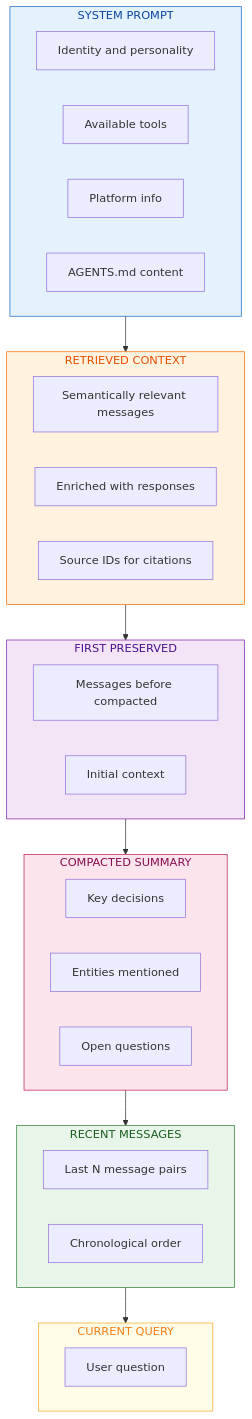
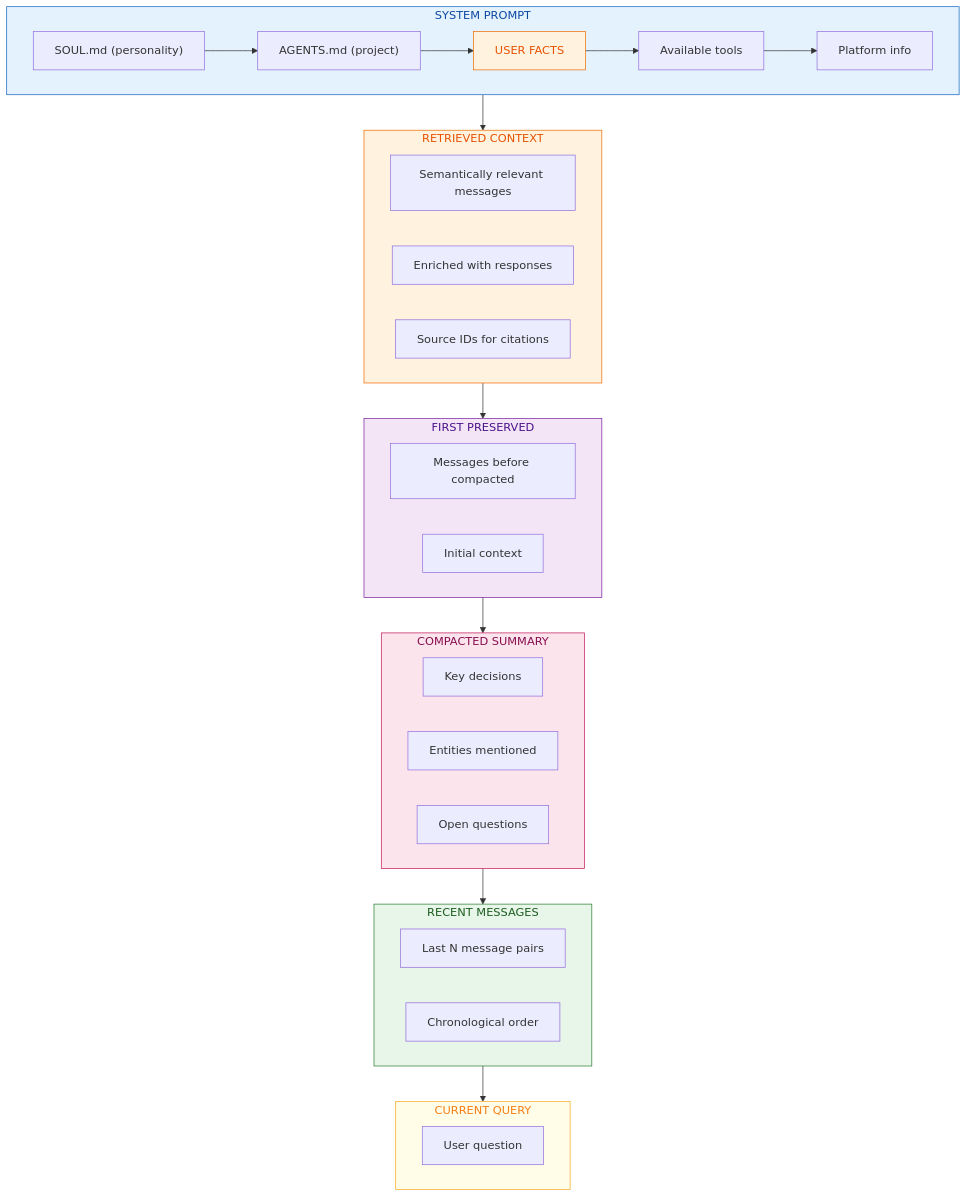
Before and after one commit to luksamuk/sprachspiel: the first of 5 diagrams in doc/src/development/context-anatomy.md, drawn with Mermaid. The commit also changed other lines of this file and 5 other files, not shown here.

First line of the commit message:
docs: create unified memory architecture documentation

````diff
--- a/doc/src/development/context-anatomy.md
+++ b/doc/src/development/context-anatomy.md
@@ -26,44 +29,47 @@
 ```mermaid
 graph TB
     subgraph P1["SYSTEM PROMPT"]
-        S1["Identity and personality"]
-        S2["Available tools"]
-        S3["Platform info"]
-        S4["AGENTS.md content"]
+        S0["SOUL.md (personality)"]
+        S1["AGENTS.md (project)"]
+        S2["USER FACTS"]
+        S3["Available tools"]
+        S4["Platform info"]
     end
     
     subgraph P2["RETRIEVED CONTEXT"]
         R1["Semantically relevant messages"]
         R2["Enriched with responses"]
         R3["Source IDs for citations"]
     end
     
     subgraph P3["FIRST PRESERVED"]
         F1["Messages before compacted"]
         F2["Initial context"]
     end
     
     subgraph P4["COMPACTED SUMMARY"]
         C1["Key decisions"]
         C2["Entities mentioned"]
         C3["Open questions"]
     end
     
     subgraph P5["RECENT MESSAGES"]
         M1["Last N message pairs"]
         M2["Chronological order"]
     end
     
     subgraph P6["CURRENT QUERY"]
         Q1["User question"]
     end
     
+    S0 --> S1 --> S2 --> S3 --> S4
     P1 --> P2 --> P3 --> P4 --> P5 --> P6
     
+    style S2 fill:#fff3e0,stroke:#ef6c00,color:#e65100
     style P1 fill:#e3f2fd,stroke:#1565c0,color:#0d47a1
     style P2 fill:#fff3e0,stroke:#ef6c00,color:#e65100
     style P3 fill:#f3e5f5,stroke:#7b1fa2,color:#4a148c
     style P4 fill:#fce4ec,stroke:#c2185b,color:#880e4f
     style P5 fill:#e8f5e9,stroke:#2e7d32,color:#1b5e20
     style P6 fill:#fffde7,stroke:#f9a825,color:#f57f17
 ```
````
